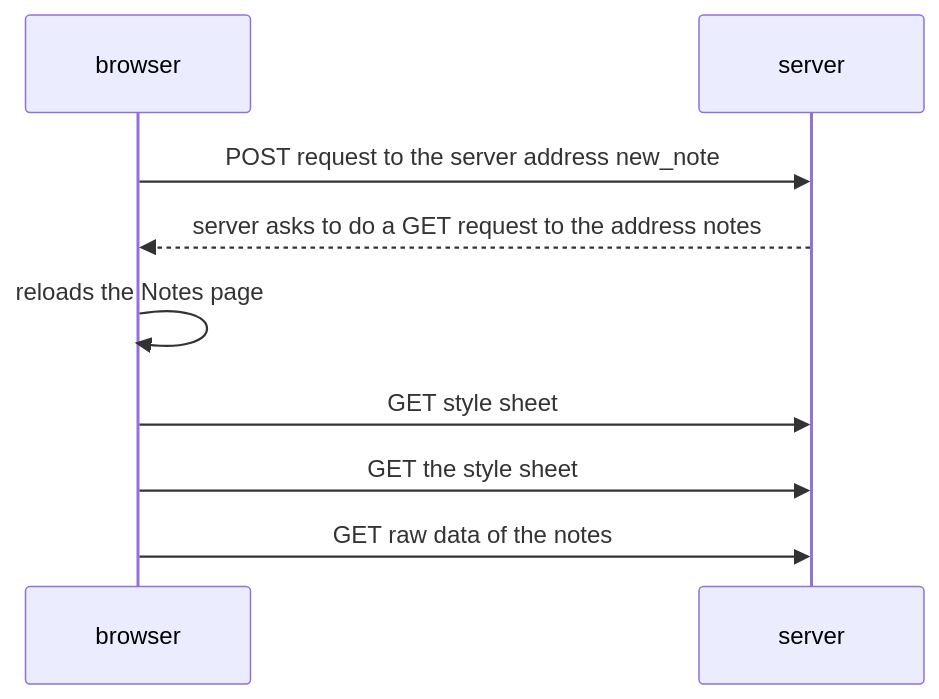
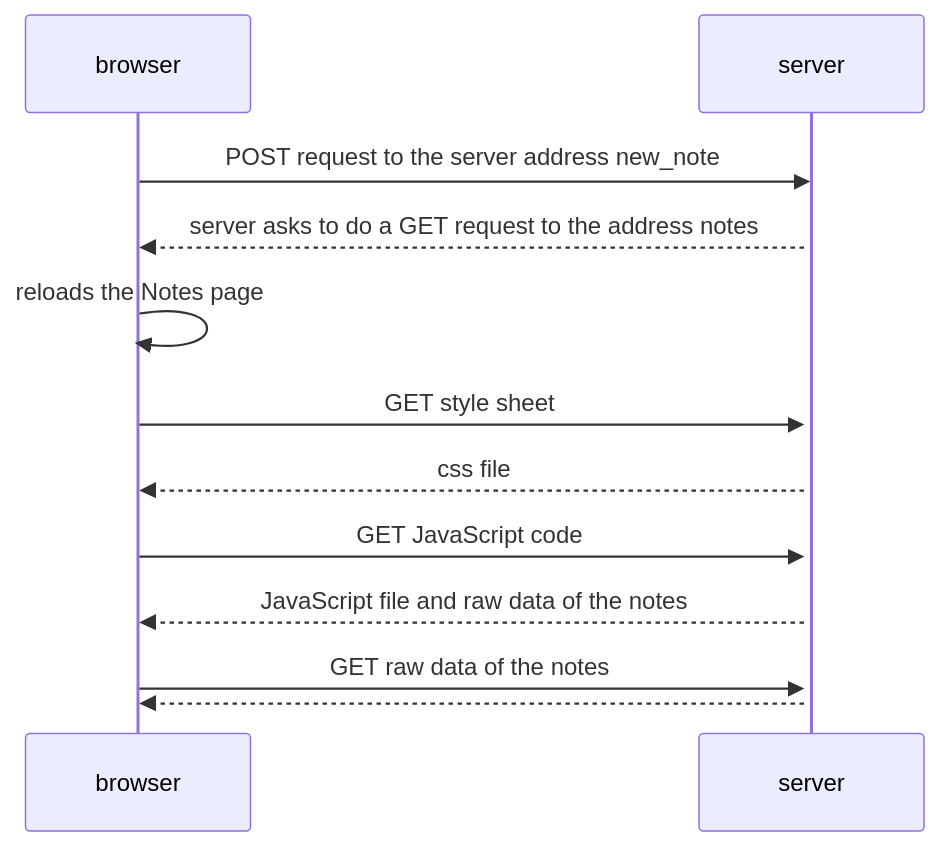
One commit to early-dew/FullStackOpen changed the diagram in Part0.md. Above: the diagram before and after it, drawn with Mermaid.

````diff
--- a/Part0.md
+++ b/Part0.md
@@ -1,11 +1,15 @@
 ```mermaid
 sequenceDiagram
  participant browser
  participant server
  browser->>server: POST request to the server address new_note
+ activate server
  server-->>browser:  server asks to do a GET request to the address notes
  browser->>browser: reloads the Notes page
  browser->>server: GET style sheet
- browser->>server: GET the style sheet
+ server-->>browser: css file
+ browser->>server: GET JavaScript code
+ server-->>browser: JavaScript file and raw data of the notes
  browser->>server: GET raw data of the notes
+ server-->>browser: 
 ```
````
